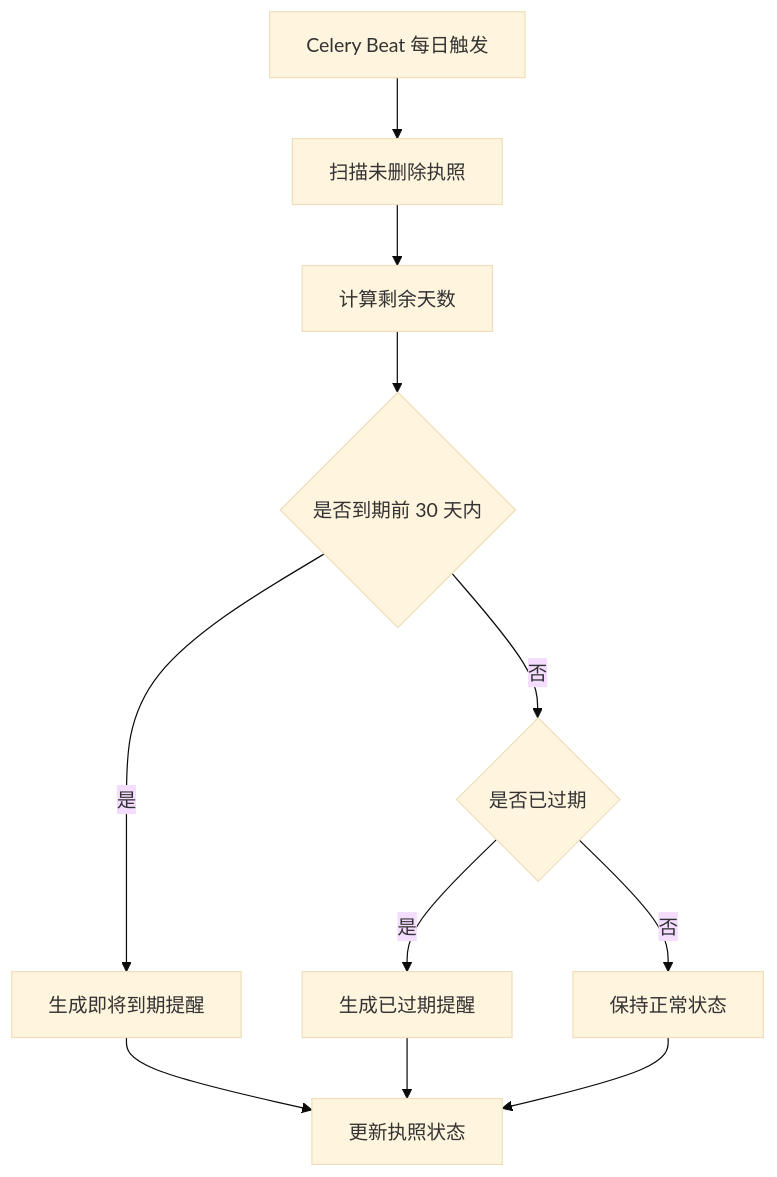
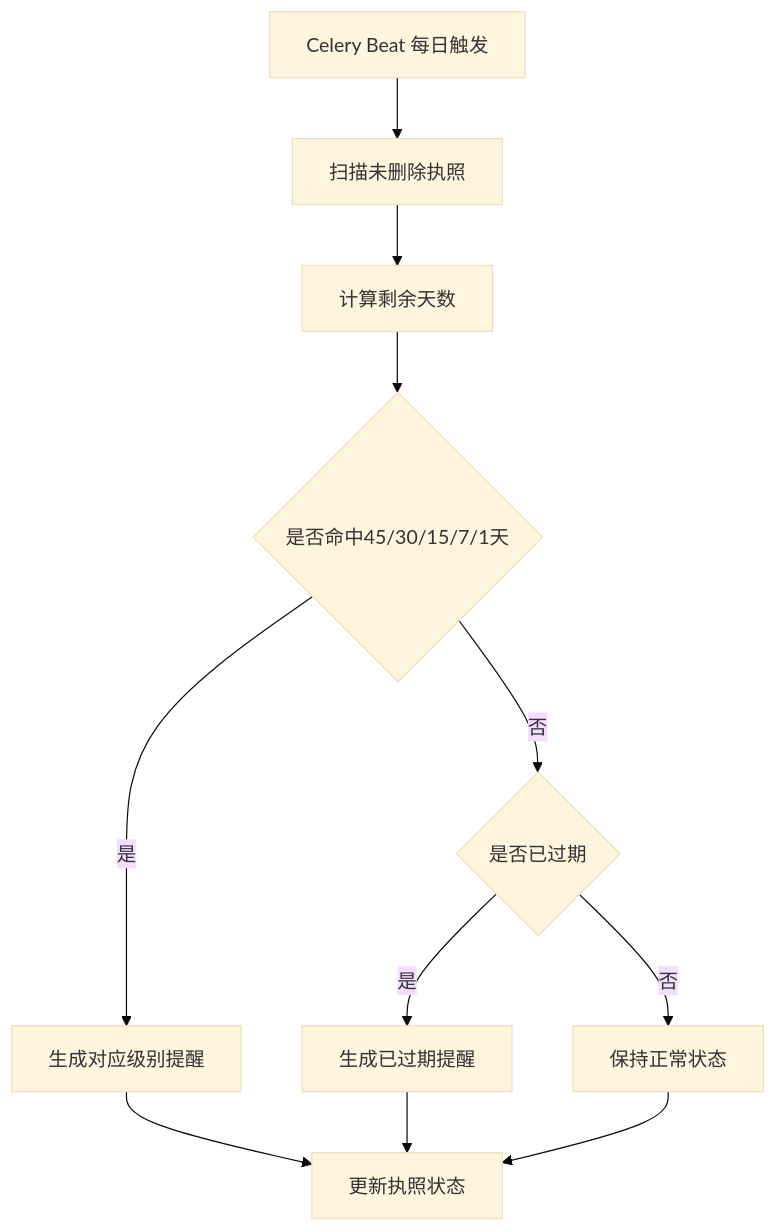
Before and after one commit to dk7n8tgb54-coder/TDYW: the second of 2 diagrams in spug-3.0/agent-loop/03-design.md, drawn with Mermaid (base theme). The commit also changed other lines of this file and 23 other files, not shown here.

````diff
--- a/spug-3.0/agent-loop/03-design.md
+++ b/spug-3.0/agent-loop/03-design.md
@@ -51,13 +51,13 @@
 ```mermaid
 flowchart TD
   A[Celery Beat 每日触发] --> B[扫描未删除执照]
   B --> C[计算剩余天数]
-  C --> D{是否到期前 30 天内}
-  D -- 是 --> E[生成即将到期提醒]
+  C --> D{是否命中45/30/15/7/1天}
+  D -- 是 --> E[生成对应级别提醒]
   D -- 否 --> F{是否已过期}
   F -- 是 --> G[生成已过期提醒]
   F -- 否 --> H[保持正常状态]
   E --> I[更新执照状态]
   G --> I
   H --> I
 ```
````
